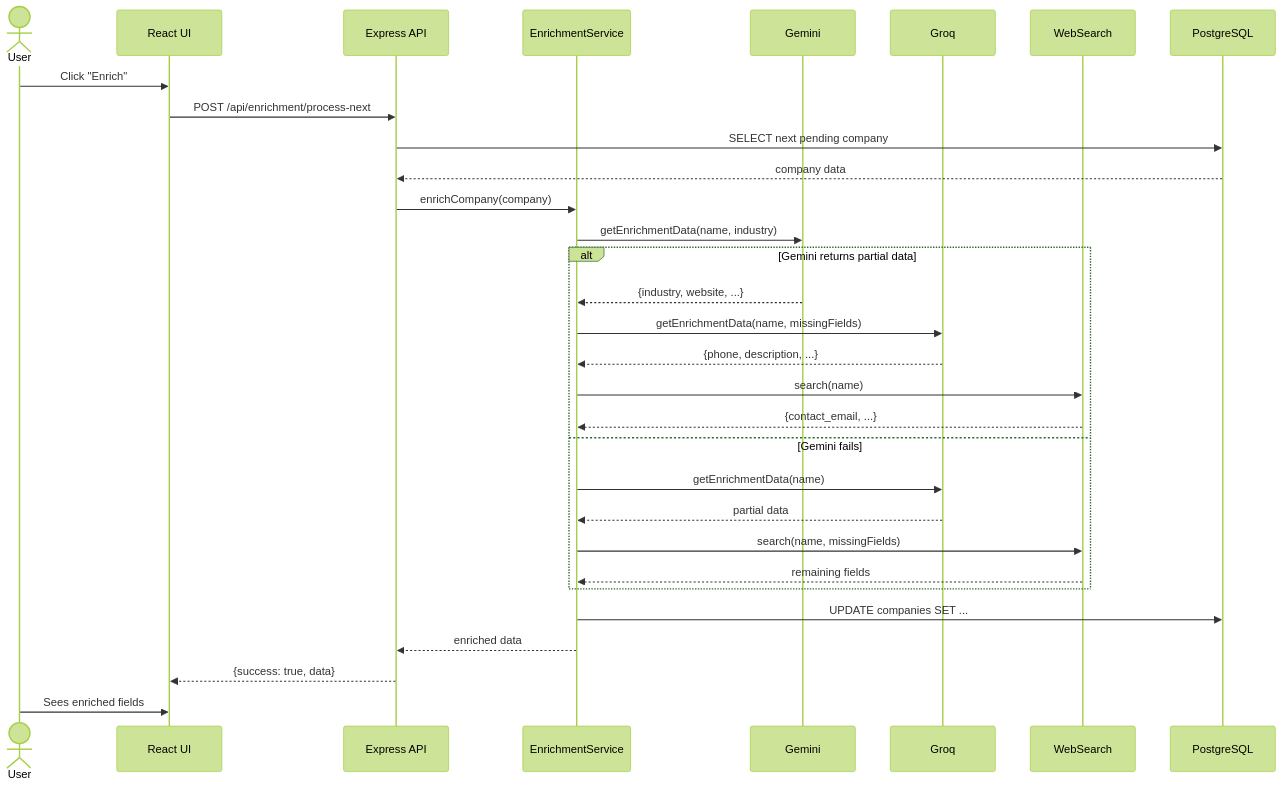
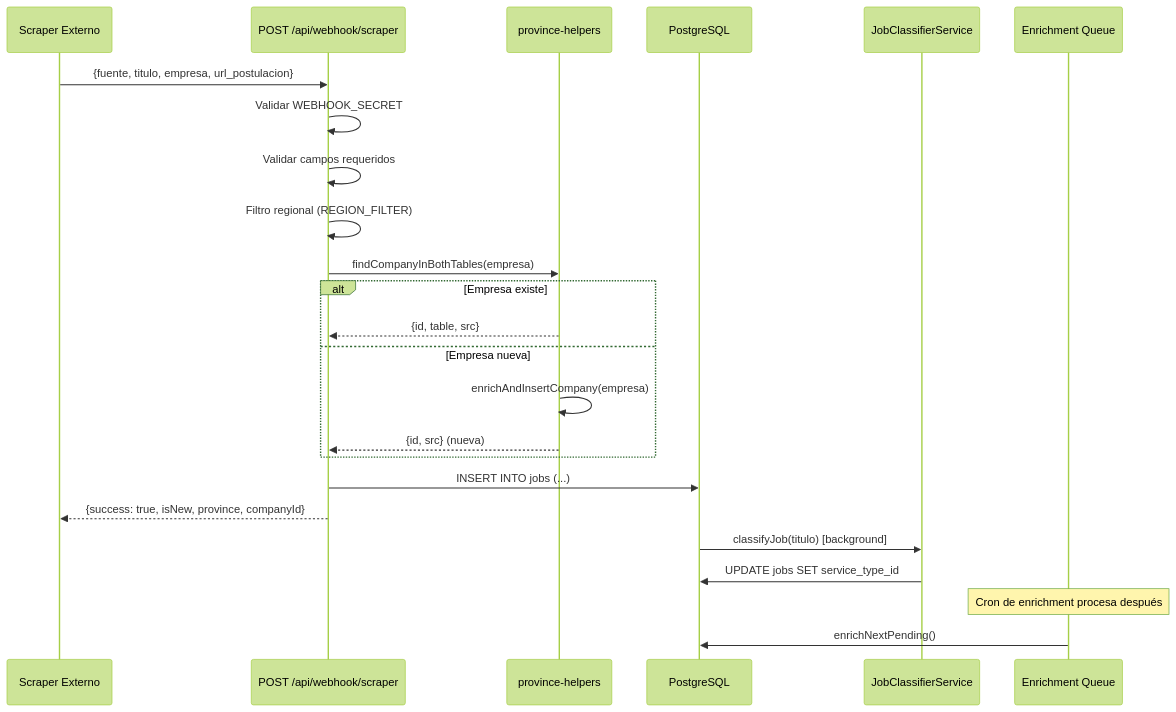
One commit to Wizar-Cyber/CanTrack-CRM changed the second of 7 diagrams in AUDITORIA-TECNICA.md. Above: the diagram before and after it, drawn with Mermaid (forest theme). The commit also changed other lines of this file and 86 other files, not shown here.

````diff
--- a/AUDITORIA-TECNICA.md
+++ b/AUDITORIA-TECNICA.md
@@ -439,36 +319,31 @@
 ```mermaid
 sequenceDiagram
-    actor User
-    participant UI as React UI
-    participant API as Express API
-    participant ES as EnrichmentService
-    participant GEM as Gemini
-    participant GRO as Groq
-    participant WS as WebSearch
+    participant Scraper as Scraper Externo
+    participant Webhook as POST /api/webhook/scraper
+    participant Province as province-helpers
     participant DB as PostgreSQL
+    participant Classifier as JobClassifierService
+    participant Queue as Enrichment Queue
 
-    User->>UI: Click "Enrich"
-    UI->>API: POST /api/enrichment/process-next
-    API->>DB: SELECT next pending company
-    DB-->>API: company data
-    API->>ES: enrichCompany(company)
+    Scraper->>Webhook: {fuente, titulo, empresa, url_postulacion}
+    Webhook->>Webhook: Validar WEBHOOK_SECRET
+    Webhook->>Webhook: Validar campos requeridos
+    Webhook->>Webhook: Filtro regional (REGION_FILTER)
     
-    ES->>GEM: getEnrichmentData(name, industry)
-    alt Gemini returns partial data
-        GEM-->>ES: {industry, website, ...}
-        ES->>GRO: getEnrichmentData(name, missingFields)
-        GRO-->>ES: {phone, description, ...}
-        ES->>WS: search(name)
-        WS-->>ES: {contact_email, ...}
-    else Gemini fails
-        ES->>GRO: getEnrichmentData(name)
-        GRO-->>ES: partial data
-        ES->>WS: search(name, missingFields)
-        WS-->>ES: remaining fields
+    Webhook->>Province: findCompanyInBothTables(empresa)
+    alt Empresa existe
+        Province-->>Webhook: {id, table, src}
+    else Empresa nueva
+        Province->>Province: enrichAndInsertCompany(empresa)
+        Province-->>Webhook: {id, src} (nueva)
     end
-
-    ES->>DB: UPDATE companies SET ...
-    ES-->>API: enriched data
-    API-->>UI: {success: true, data}
-    User->>UI: Sees enriched fields
+    
+    Webhook->>DB: INSERT INTO jobs (...)
+    Webhook-->>Scraper: {success: true, isNew, province, companyId}
+    
+    DB->>Classifier: classifyJob(titulo) [background]
+    Classifier->>DB: UPDATE jobs SET service_type_id
+    
+    Note over Queue: Cron de enrichment procesa después
+    Queue->>DB: enrichNextPending()
 ```
````
